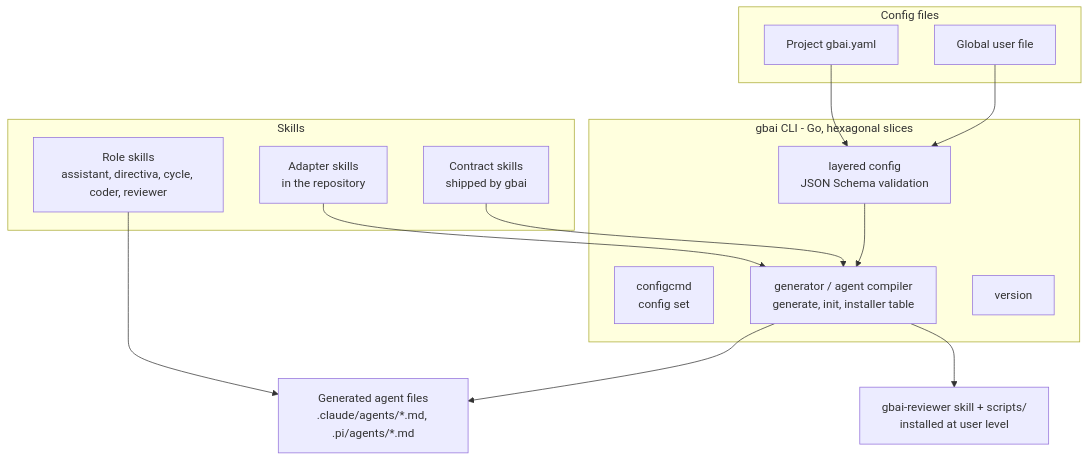
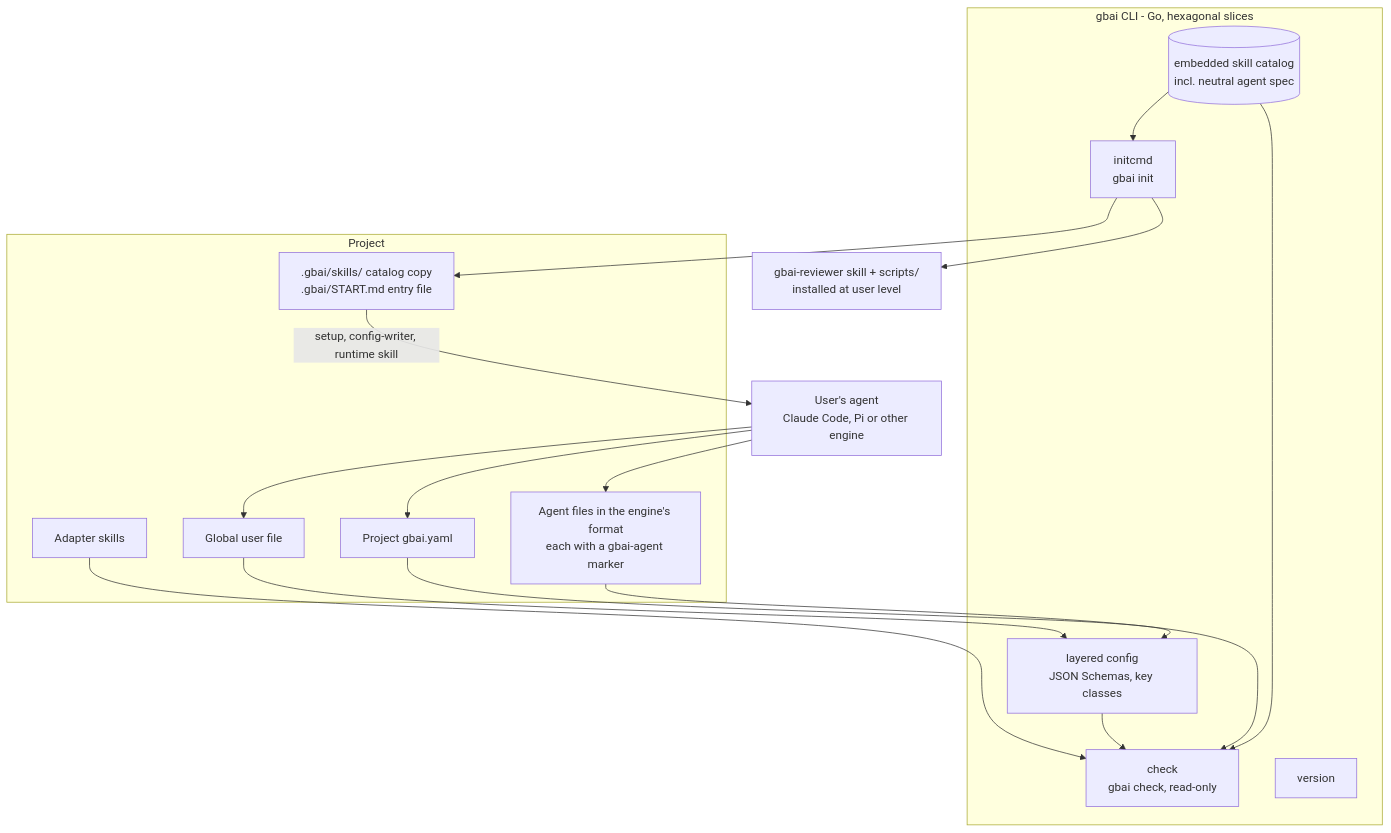
Before and after one commit to testeos-z/gabo-ai: the second of 5 diagrams in docs/product/TRD.md, drawn with Mermaid. The commit also changed other lines of this file and 1 other file, not shown here.

````diff
--- a/docs/product/TRD.md
+++ b/docs/product/TRD.md
@@ -113,29 +117,33 @@
 ```mermaid
 flowchart TB
   subgraph cli[gbai CLI - Go, hexagonal slices]
-    config[layered config<br/>JSON Schema validation]
-    configcmd[configcmd<br/>config set]
-    generator[generator / agent compiler<br/>generate, init, installer table]
+    config[layered config<br/>JSON Schemas, key classes]
+    initcmd[initcmd<br/>gbai init]
+    check[check<br/>gbai check, read-only]
     version[version]
+    catalog[(embedded skill catalog<br/>incl. neutral agent spec)]
   end
   scripts[gbai-reviewer skill + scripts/<br/>installed at user level]
-  subgraph skills[Skills]
-    contracts[Contract skills<br/>shipped by gbai]
-    adapters[Adapter skills<br/>in the repository]
-    roles[Role skills<br/>assistant, directiva, cycle, coder, reviewer]
-  end
-  subgraph files[Config files]
+  subgraph proj[Project]
+    copy[.gbai/skills/ catalog copy<br/>.gbai/START.md entry file]
+    adapters[Adapter skills]
     global[Global user file]
     project[Project gbai.yaml]
+    agents[Agent files in the engine's format<br/>each with a gbai-agent marker]
   end
-  agents[Generated agent files<br/>.claude/agents/*.md, .pi/agents/*.md]
+  ragent[User's agent<br/>Claude Code, Pi or other engine]
 
+  catalog --> initcmd
+  initcmd --> copy
+  initcmd --> scripts
+  copy -->|setup, config-writer, runtime skill| ragent
+  ragent --> global
+  ragent --> project
+  ragent --> agents
+  config --> check
+  catalog --> check
   global --> config
   project --> config
-  config --> generator
-  contracts --> generator
-  adapters --> generator
-  generator --> agents
-  generator --> scripts
-  roles --> agents
+  agents --> check
+  adapters --> check
 ```
````
